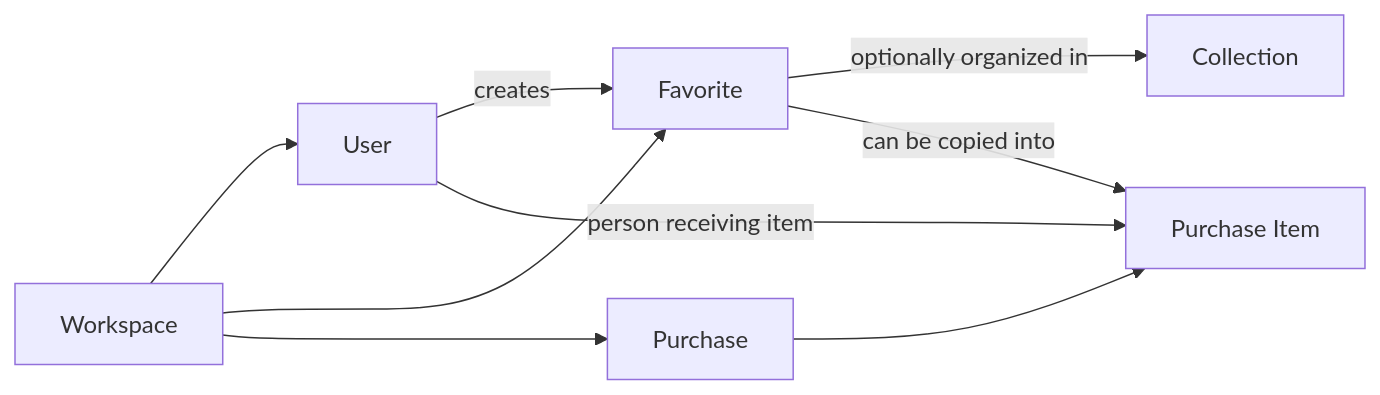
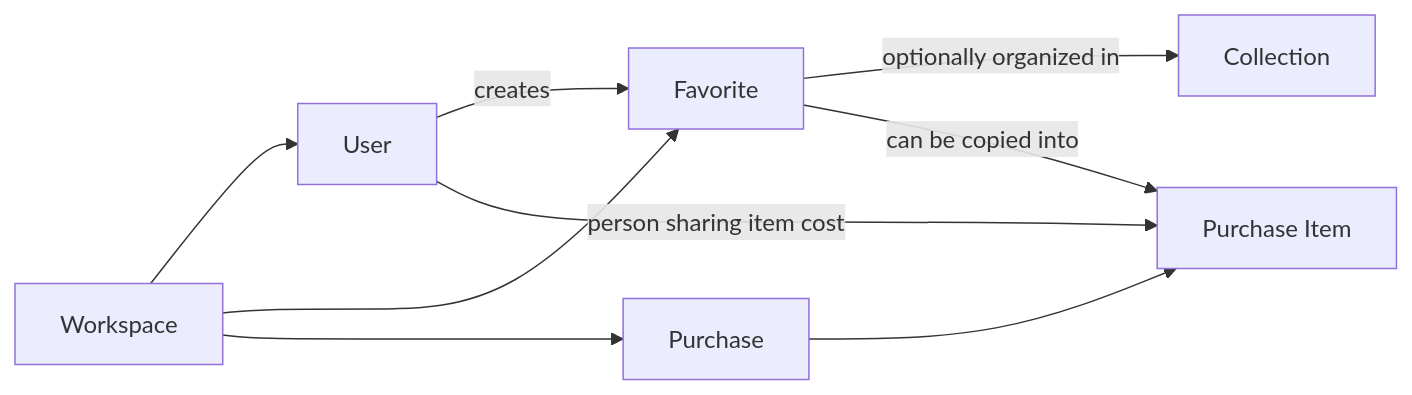
One commit to arantesgabriel/loti changed the first of 2 diagrams in docs/01_PRODUCT.md. Above: the diagram before and after it, drawn with Mermaid. The commit also changed other lines of this file and 34 other files, not shown here.

Commit message:
feat: implement collaborative purchase cost sharing

````diff
--- a/docs/01_PRODUCT.md
+++ b/docs/01_PRODUCT.md
@@ -27,11 +27,11 @@
 ```mermaid
 flowchart LR
     U[User] -->|creates| F[Favorite]
     F -->|optionally organized in| C[Collection]
     F -->|can be copied into| PI[Purchase Item]
     P[Purchase] --> PI
-    U -->|person receiving item| PI
+    U -->|person sharing item cost| PI
     W[Workspace] --> U
     W --> F
     W --> P
 ```
````
